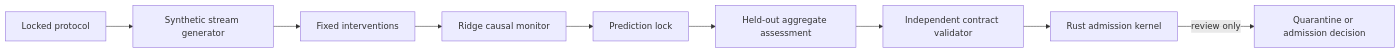
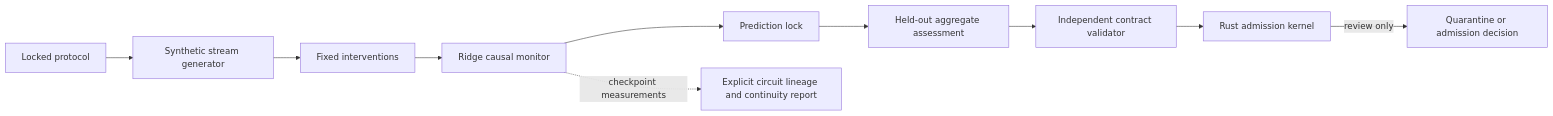
Before and after one commit to Epistetechnician/aligned-holistic-continual-learning: the diagram in docs/architecture.md, drawn with Mermaid. The commit also changed other lines of this file and 4 other files, not shown here.

Commit message:
Add aggregate checkpoint continuity measurements [aligned-holistic-continual-learning-integrated-stack-v2]

````diff
--- a/docs/architecture.md
+++ b/docs/architecture.md
@@ -10,11 +10,12 @@
 ```mermaid
 flowchart LR
   P[Locked protocol] --> G[Synthetic stream generator]
   G --> I[Fixed interventions]
   I --> M[Ridge causal monitor]
   M --> L[Prediction lock]
   L --> A[Held-out aggregate assessment]
   A --> V[Independent contract validator]
   V --> K[Rust admission kernel]
   K -->|review only| D[Quarantine or admission decision]
+  M -. checkpoint measurements .-> C[Explicit circuit lineage and continuity report]
 ```
````
